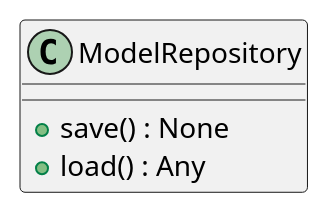
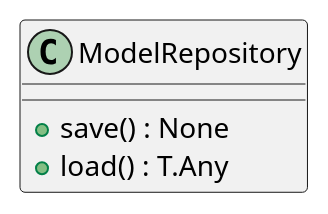
The first of 5 diagrams in openwiki/modules/src/autogen_team/models/repositories.md (lgcorzo/llmops-python-package), drawn with PlantUML before and after one commit. The commit also changed other lines of this file and 155 other files, not shown here.

````diff
--- a/openwiki/modules/src/autogen_team/models/repositories.md
+++ b/openwiki/modules/src/autogen_team/models/repositories.md
@@ -53,8 +62,8 @@
 ```plantuml
 @startuml
     class ModelRepository {
         +save() : None
-        +load() : Any
+        +load() : T.Any
     }
 @enduml
 ```
````
